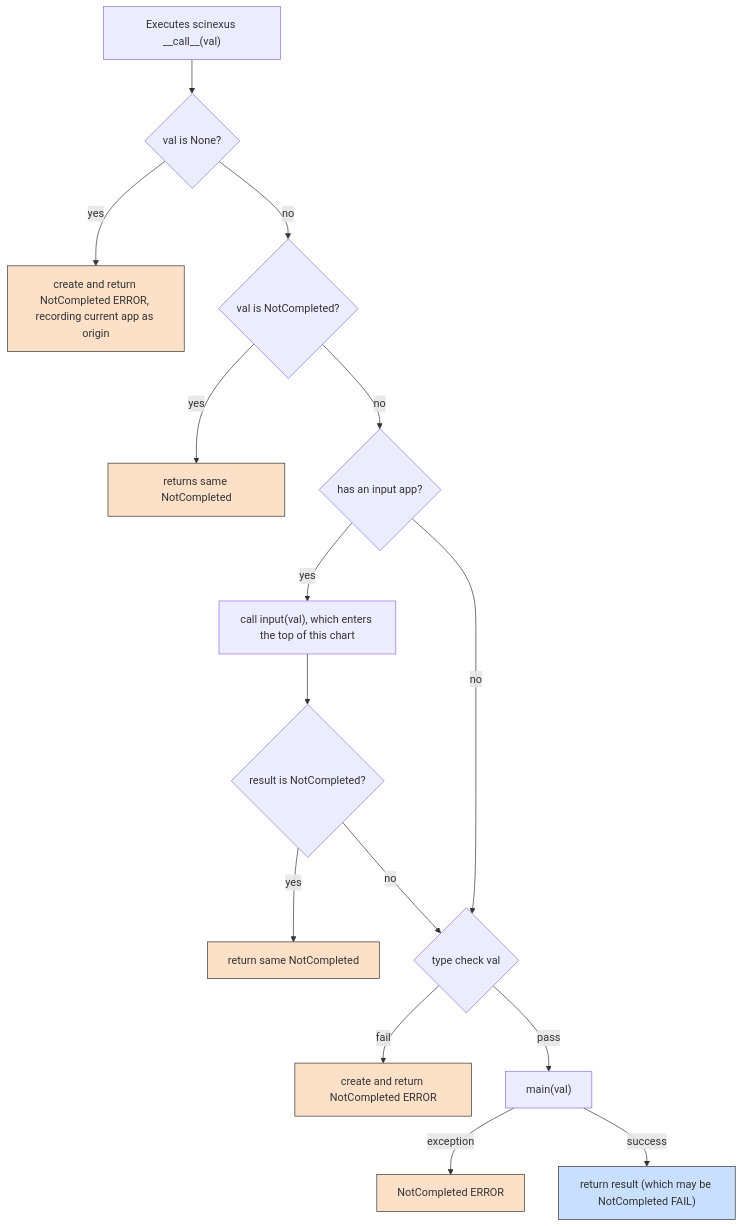
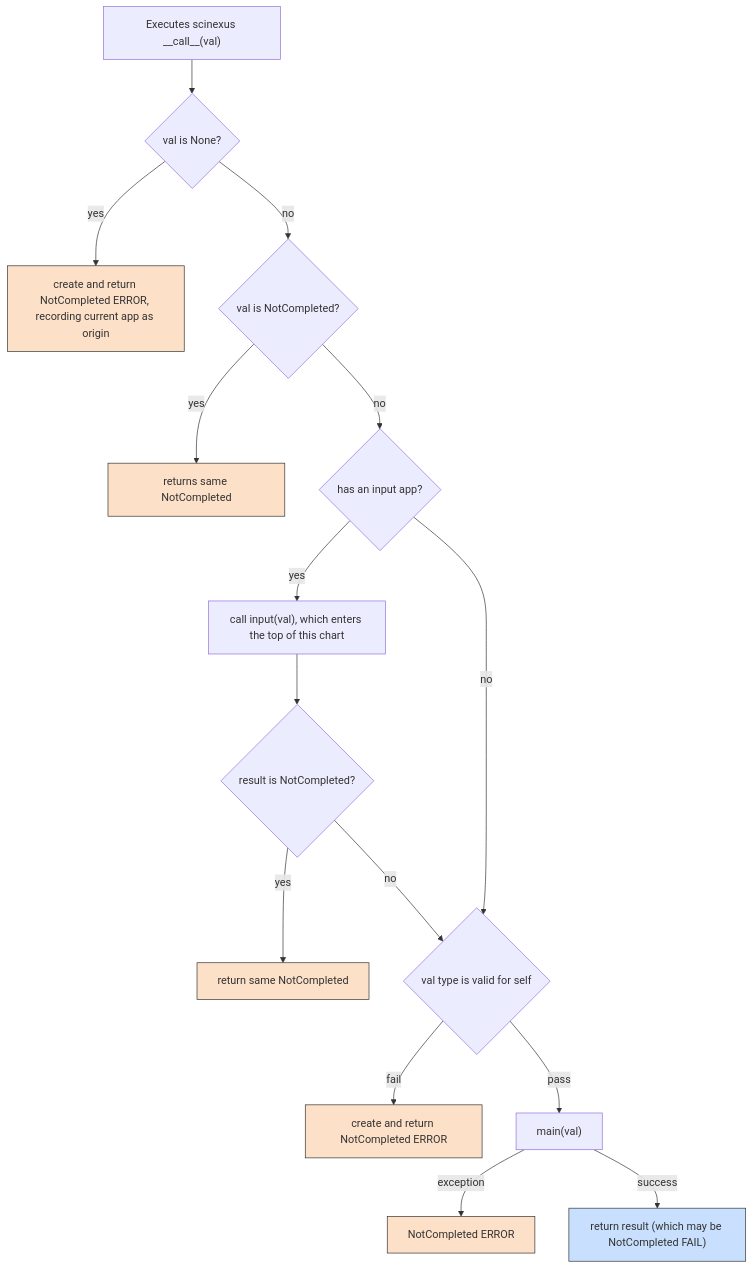
The diagram in docs/explanation/flow.md (GavinHuttley/scinexus), drawn with Mermaid before and after one commit. The commit also changed 5 other files, not shown here.

````diff
--- a/docs/explanation/flow.md
+++ b/docs/explanation/flow.md
@@ -35,22 +35,22 @@
 ```mermaid
 flowchart TD
     entry["Executes scinexus __call__(val)"] --> none{val is None?}
     none -- yes --> nc_none[create and return NotCompleted ERROR, recording current app as origin]
     none -- no --> nc{val is NotCompleted?}
     nc -- yes --> nc_return[returns same NotCompleted]
     nc -- no --> has_input{has an input app?}
     has_input -- yes --> call_input["call input(val), which enters the top of this chart"]
     call_input --> input_nc{result is NotCompleted?}
     input_nc -- yes --> nc_input[return same NotCompleted]
     input_nc -- no --> type_check
-    has_input -- no --> type_check{type check val}
+    has_input -- no --> type_check{val type is valid for self}
     type_check -- fail --> nc_type[create and return NotCompleted ERROR]
     type_check -- pass --> main["main(val)"]
     main -- exception --> nc_main[NotCompleted ERROR]
     main -- success --> result["return result (which may be NotCompleted FAIL)"]
 
     classDef errorNode fill:#fde0c8,stroke:#333
     classDef successNode fill:#c8e0fd,stroke:#333
     class nc_none,nc_return,nc_input,nc_type,nc_main errorNode
     class result successNode
 ```
````
